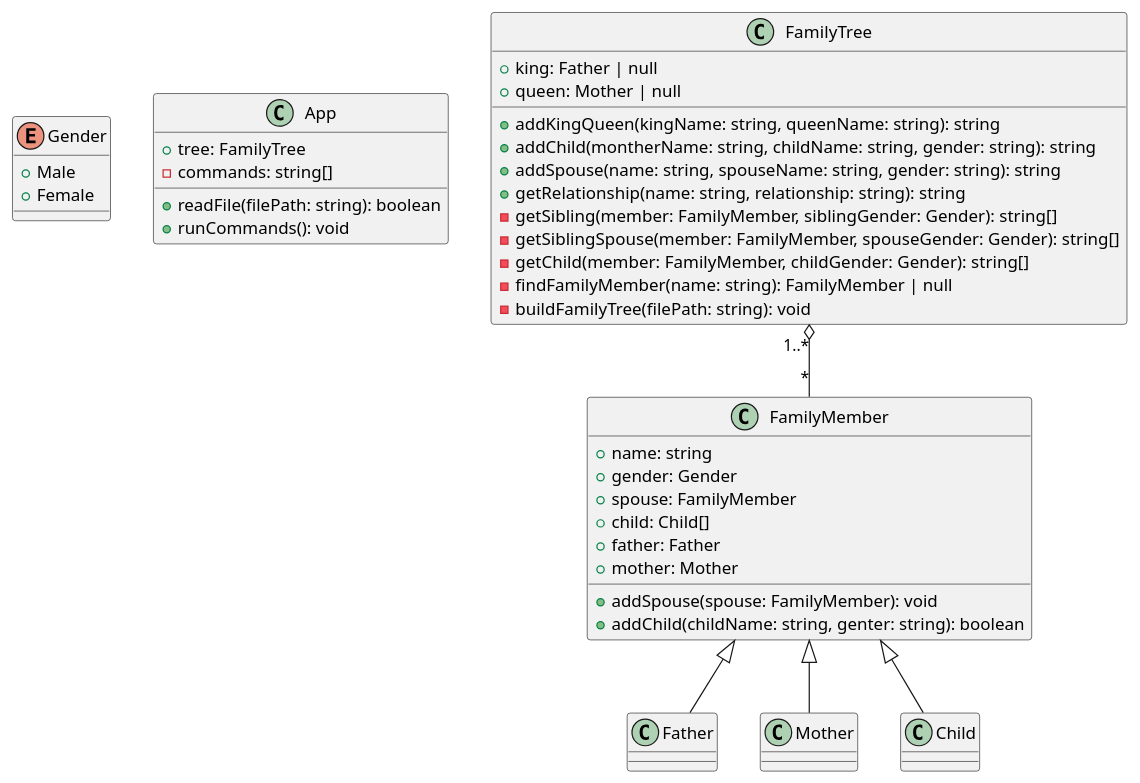
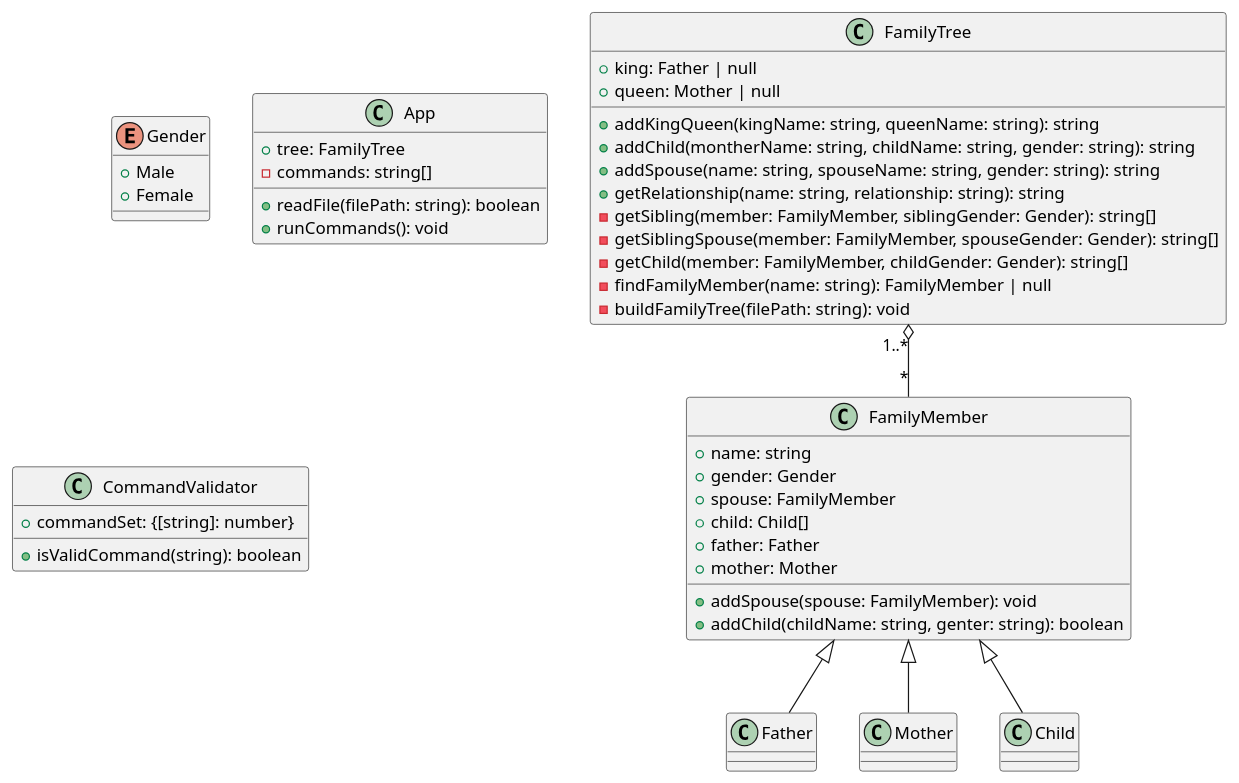
The diagram in uml/class-diagram.puml (evaou/family-tree), drawn with PlantUML before and after one commit.

Commit message:
add commandValidator class

```diff
--- a/uml/class-diagram.puml
+++ b/uml/class-diagram.puml
@@ -1,55 +1,60 @@
 @startuml class diagram
 
 enum Gender {
     +Male
     +Female
 }
 
 class App {
     +tree: FamilyTree
     -commands: string[]
     +readFile(filePath: string): boolean
     +runCommands(): void
+}
+
+class CommandValidator {
+    +commandSet: {[string]: number}
+    +isValidCommand(string): boolean
 }
 
 class FamilyTree {
     +king: Father | null
     +queen: Mother | null
     +addKingQueen(kingName: string, queenName: string): string 
     +addChild(montherName: string, childName: string, gender: string): string
     +addSpouse(name: string, spouseName: string, gender: string): string
     +getRelationship(name: string, relationship: string): string
     -getSibling(member: FamilyMember, siblingGender: Gender): string[]
     -getSiblingSpouse(member: FamilyMember, spouseGender: Gender): string[]
     -getChild(member: FamilyMember, childGender: Gender): string[]
     -findFamilyMember(name: string): FamilyMember | null
     -buildFamilyTree(filePath: string): void 
 }
 
 class FamilyMember {
     +name: string
     +gender: Gender
     +spouse: FamilyMember
     +child: Child[]
     +father: Father
     +mother: Mother
     +addSpouse(spouse: FamilyMember): void
     +addChild(childName: string, genter: string): boolean
 }
 
 class Father {
 }
 
 class Mother {
 }
 
 class Child {
 }
 
 FamilyTree "1..*" o-- "*" FamilyMember
 
 FamilyMember <|-- Father
 FamilyMember <|--  Mother
 FamilyMember <|--  Child
 
 @enduml
```
